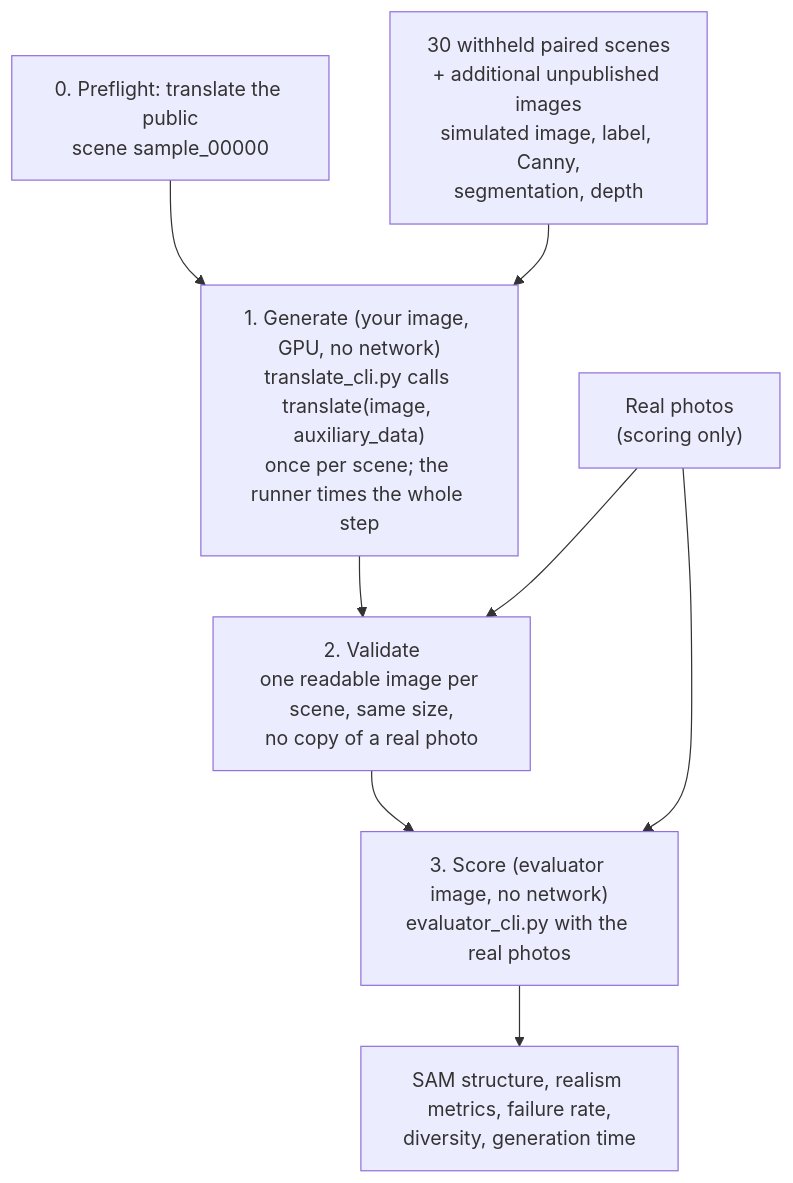
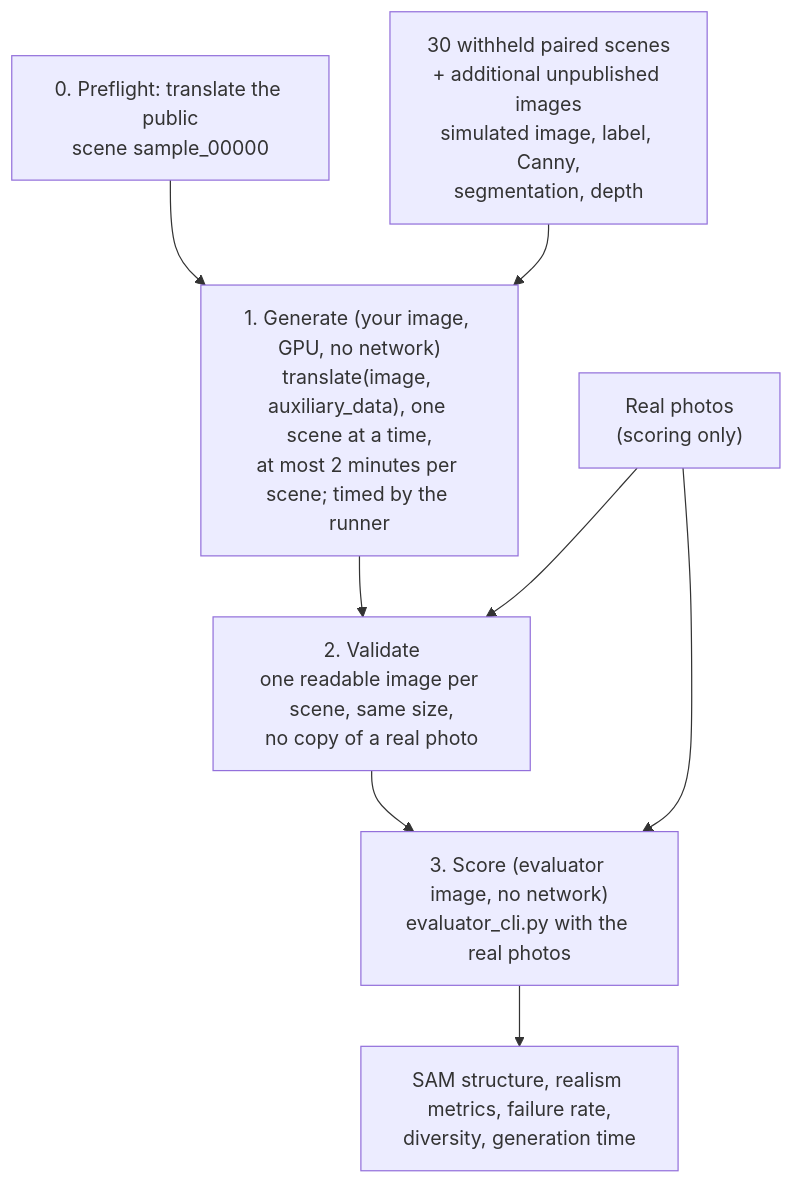
One commit to isu-challenge/Starterkit-ICSE-2027 changed the second of 3 diagrams in EVALUATION_GUIDE.md. Above: the diagram before and after it, drawn with Mermaid. The commit also changed other lines of this file and 2 other files, not shown here.

Commit message:
Per-scene time limits: 2 min per Track A scene, 30 s per Track B image

````diff
--- a/EVALUATION_GUIDE.md
+++ b/EVALUATION_GUIDE.md
@@ -70,10 +70,10 @@
 ```mermaid
 flowchart TB
   F["0. Preflight: translate the public<br/>scene sample_00000"] --> G
-  S["30 withheld paired scenes<br/>+ additional unpublished images<br/>simulated image, label, Canny,<br/>segmentation, depth"] --> G["1. Generate (your image, GPU, no network)<br/>translate_cli.py calls translate(image, auxiliary_data)<br/>once per scene; the runner times the whole step"]
+  S["30 withheld paired scenes<br/>+ additional unpublished images<br/>simulated image, label, Canny,<br/>segmentation, depth"] --> G["1. Generate (your image, GPU, no network)<br/>translate(image, auxiliary_data), one scene at a time,<br/>at most 2 minutes per scene; timed by the runner"]
   G --> V["2. Validate<br/>one readable image per scene, same size,<br/>no copy of a real photo"]
   V --> E["3. Score (evaluator image, no network)<br/>evaluator_cli.py with the real photos"]
   R["Real photos<br/>(scoring only)"] --> V
   R --> E
   E --> M["SAM structure, realism metrics, failure rate,<br/>diversity, generation time"]
 ```
````
